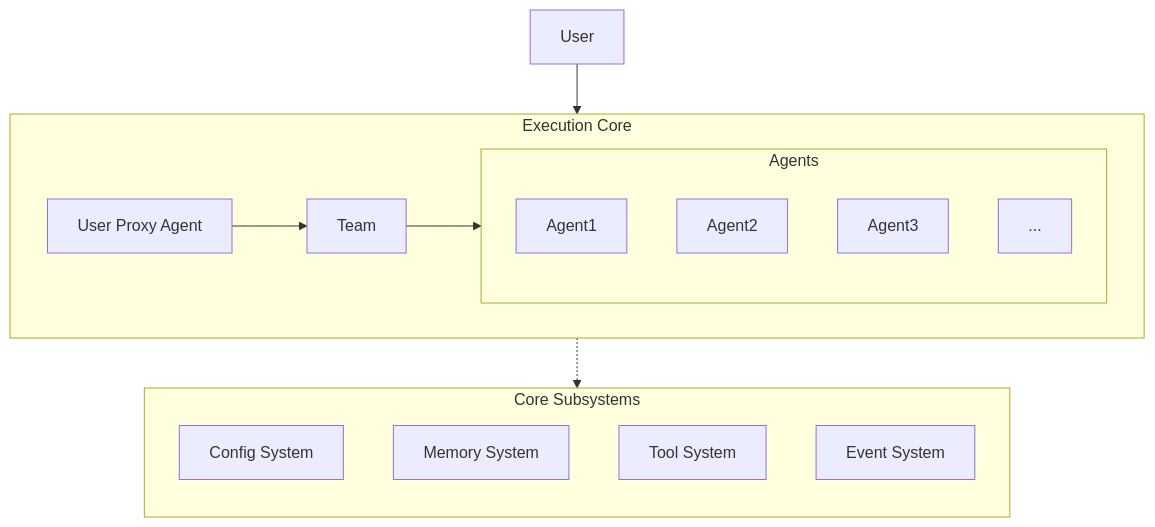
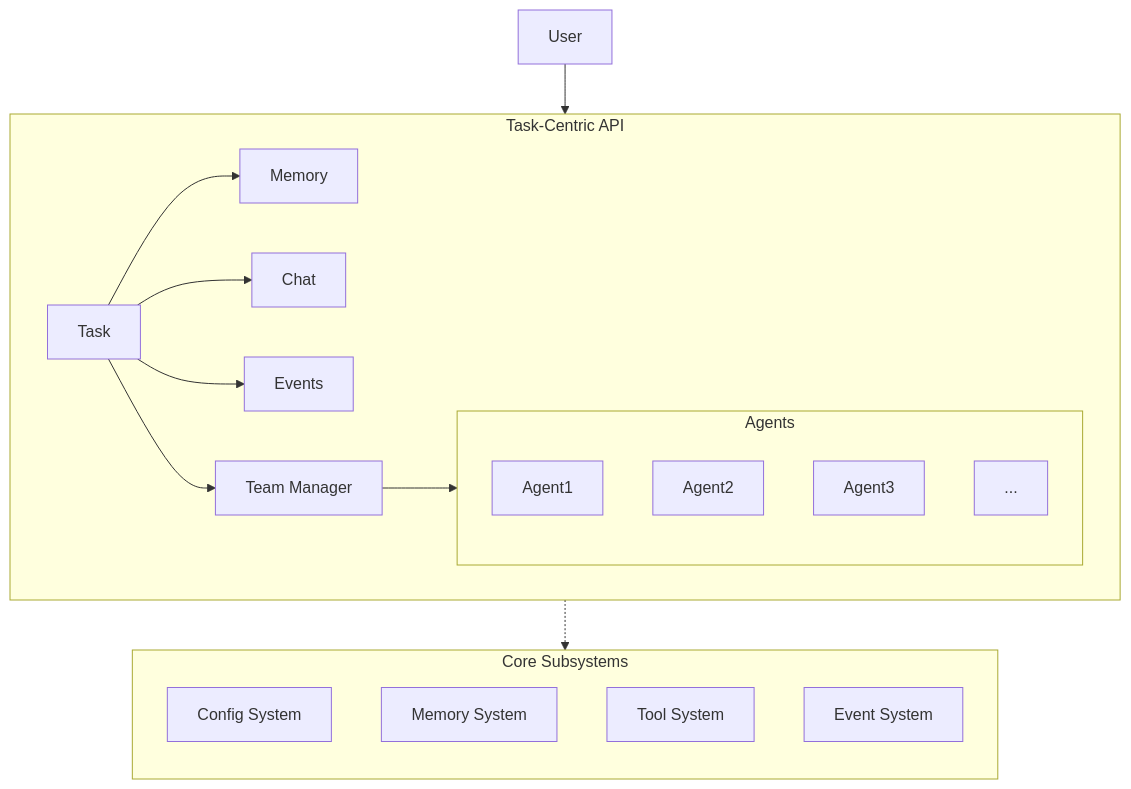
One commit to dustland/roboco changed the diagram in README.md. Above: the diagram before and after it, drawn with Mermaid. The commit also changed other lines of this file and 27 other files, not shown here.

Commit message:
feat: introduce Task-Centric API with enhanced task management, memory operations, and updated documentation for improved usability and clarity

````diff
--- a/README.md
+++ b/README.md
@@ -99,27 +136,31 @@
 ```mermaid
 flowchart TB
-    User["User"] --> Proxy
+    User["User"] --> Task["Task"]
 
-    subgraph EC["Execution Core"]
+    subgraph TaskAPI["Task-Centric API"]
         direction LR
-        Proxy["User Proxy Agent"] --> Team["Team"]
-        Team --> Agents
-        subgraph Agents["Agents"]
-            direction TB
-            A1["Agent1"]:::agent
-            A2["Agent2"]:::agent
-            A3["Agent3"]:::agent
-            A4["..."]:::agent
-        end
+        Task --> Memory["Memory"]
+        Task --> Chat["Chat"]
+        Task --> Events["Events"]
+        Task --> Team["Team Manager"]
+    subgraph Agents["Agents"]
+        direction TB
+        A1["Agent1"]:::agent
+        A2["Agent2"]:::agent
+        A3["Agent3"]:::agent
+        A4["..."]:::agent
+    end
     end
 
-    EC -.-> CS
+    Team --> Agents
 
     subgraph CS["Core Subsystems"]
         direction TB
         Config["Config System"]:::sub
-        Memory["Memory System"]:::sub
+        MemSys["Memory System"]:::sub
         Tool["Tool System"]:::sub
-        Event["Event System"]:::sub
+        EventSys["Event System"]:::sub
     end
+
+    TaskAPI -.-> CS
 ```
````
